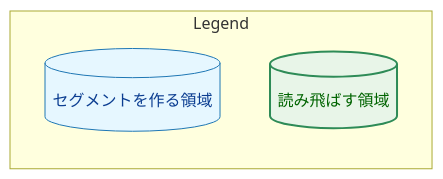
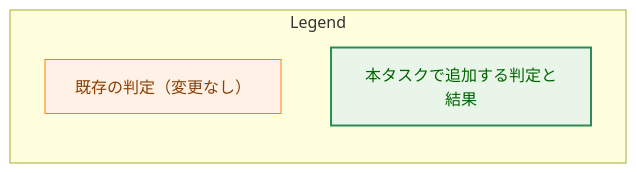
Diagram 13 of 13 in docs/tasks/0024_copied_transcript_panel_lines/02_architecture.md (isseis/yt2column), drawn with Mermaid before and after one commit. The commit also changed other lines of this file and 1 other file, not shown here.

First line of the commit message:
docs(0024): add form B chapter headings to the requirements and redraft the architecture (#314)

````diff
--- a/docs/tasks/0024_copied_transcript_panel_lines/02_architecture.md
+++ b/docs/tasks/0024_copied_transcript_panel_lines/02_architecture.md
@@ -520,13 +661,13 @@
 ```mermaid
 flowchart LR
-    classDef data fill:#e6f7ff,stroke:#1f77b4,stroke-width:1px,color:#0b3d91;
+    classDef process fill:#fff1e6,stroke:#ff7f0e,stroke-width:1px,color:#8a3e00;
     classDef enhanced fill:#e8f5e8,stroke:#2e8b57,stroke-width:2px,color:#006400;
 
     subgraph Legend["Legend"]
-        L1[("セグメントを作る領域")]
-        L2[("読み飛ばす領域")]
+        L1["既存の判定（変更なし）"]
+        L2["本タスクで追加する判定と結果"]
     end
 
-    class L1 data
+    class L1 process
     class L2 enhanced
 ```
````
